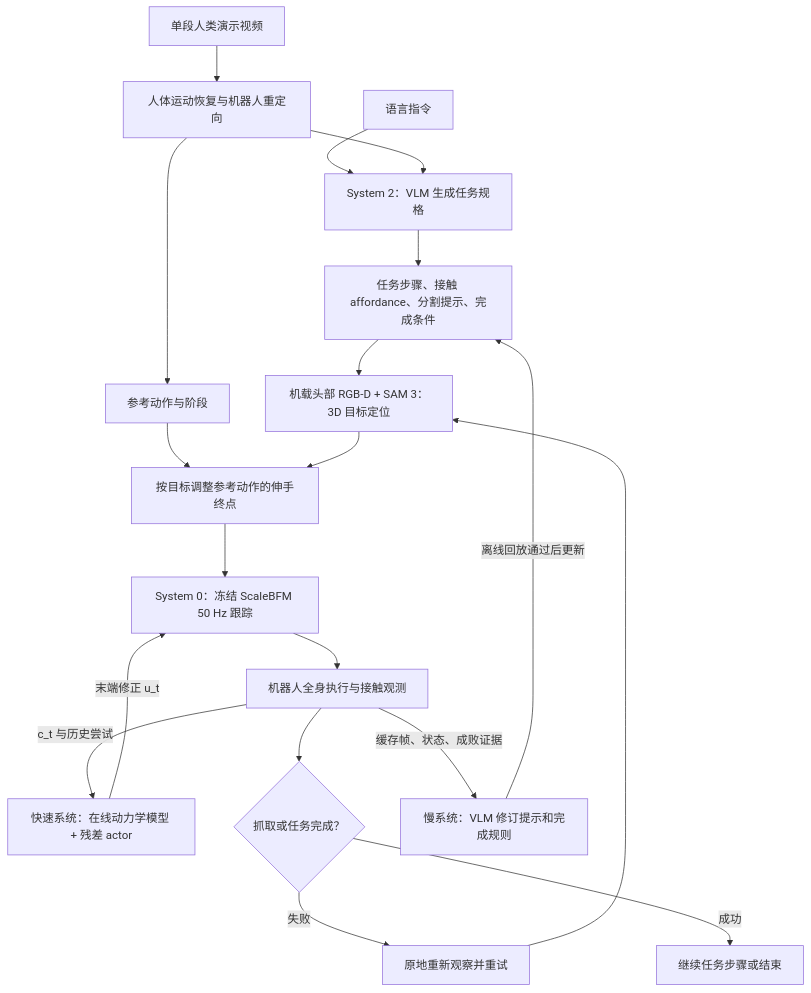
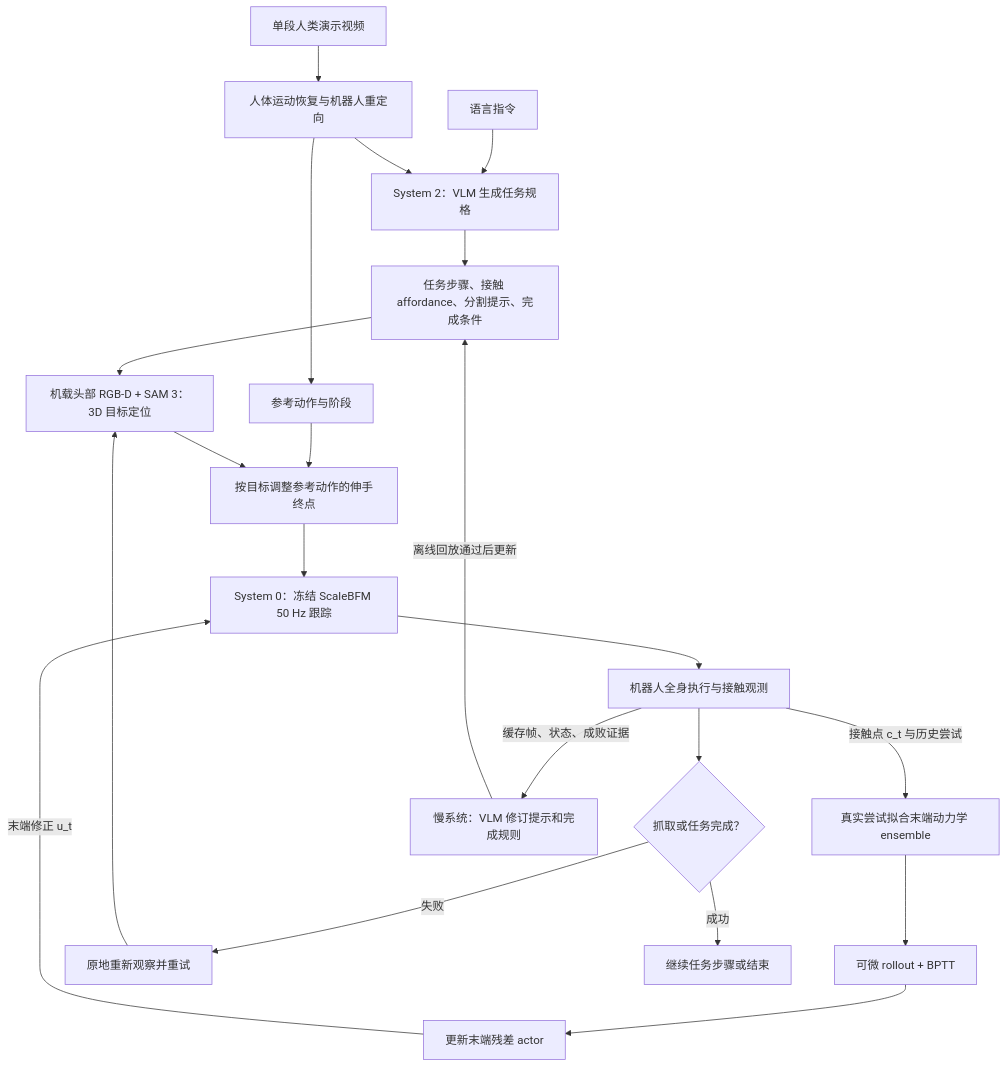
The diagram in wiki/entities/atlas-agentic-harness.md (ImChong/Robotics_Notebooks), drawn with Mermaid before and after one commit. The commit also changed other lines of this file, not shown here.

Commit message:
[2026-11-14] ingest | wiki/entities/atlas-agentic-harness.md — 核对 ATLAS 与 SuperMimic 的在线 BPTT 关系及源码边界

````diff
--- a/wiki/entities/atlas-agentic-harness.md
+++ b/wiki/entities/atlas-agentic-harness.md
@@ -79,21 +95,23 @@
 ```mermaid
 flowchart TD
   H["单段人类演示视频"] --> R["人体运动恢复与机器人重定向"]
   P["语言指令"] --> A["System 2：VLM 生成任务规格"]
   R --> A
   R --> Ref["参考动作与阶段"]
   A --> Specs["任务步骤、接触 affordance、分割提示、完成条件"]
   Specs --> Seg["机载头部 RGB-D + SAM 3：3D 目标定位"]
   Ref --> Edit["按目标调整参考动作的伸手终点"]
   Seg --> Edit
   Edit --> T["System 0：冻结 ScaleBFM 50 Hz 跟踪"]
-  F["快速系统：在线动力学模型 + 残差 actor"] -->|末端修正 u_t| T
+  Dyn["真实尝试拟合末端动力学 ensemble"] --> Imag["可微 rollout + BPTT"]
+  Imag --> Actor["更新末端残差 actor"]
+  Actor -->|末端修正 u_t| T
   T --> Robot["机器人全身执行与接触观测"]
-  Robot -->|c_t 与历史尝试| F
+  Robot -->|接触点 c_t 与历史尝试| Dyn
   Robot --> Gate{"抓取或任务完成？"}
   Gate -->|失败| Retry["原地重新观察并重试"]
   Retry --> Seg
   Robot -->|缓存帧、状态、成败证据| Slow["慢系统：VLM 修订提示和完成规则"]
   Slow -->|离线回放通过后更新| Specs
   Gate -->|成功| Done["继续任务步骤或结束"]
 ```
````
